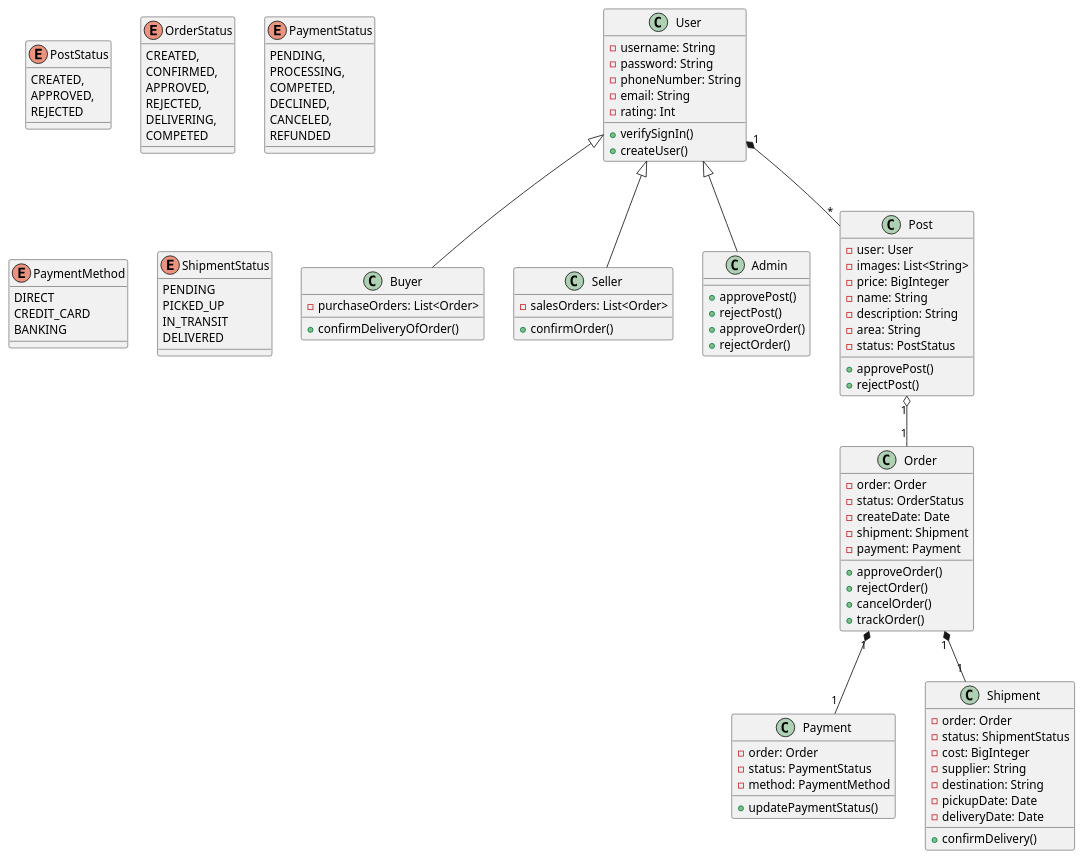
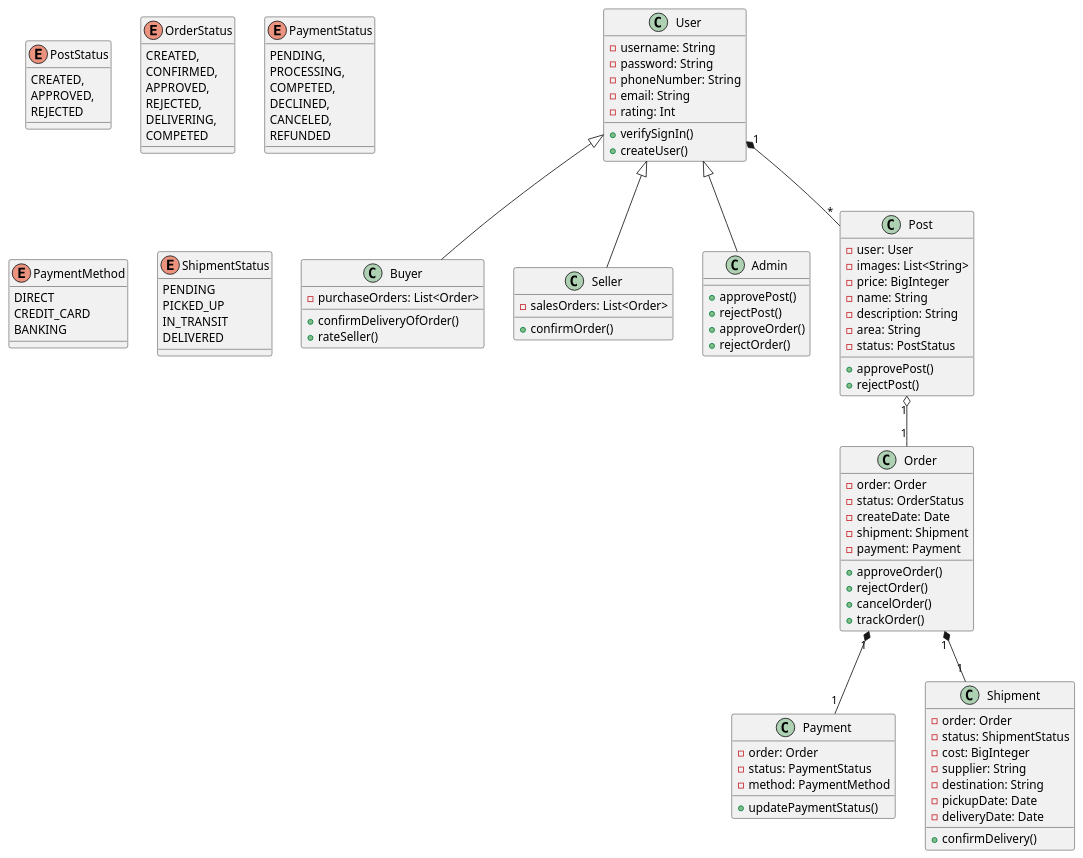
Before and after one commit to doublek2712/SE357-Pratice-class: the diagram in Lab 1.2/class.puml, drawn with PlantUML. The commit also changed 3 other files, not shown here.

```diff
--- a/Lab 1.2/class.puml
+++ b/Lab 1.2/class.puml
@@ -1,116 +1,117 @@
 @startuml
 class User {
     -username: String
     -password: String
     -phoneNumber: String
     -email: String
     -rating: Int
     +verifySignIn()
     +createUser()
 }
 
 class Buyer {
     -purchaseOrders: List<Order>
     +confirmDeliveryOfOrder()
+    +rateSeller()
 }
 
 class Seller {
     -salesOrders: List<Order>
     +confirmOrder()
 }
 
 class Admin {
     +approvePost()
     +rejectPost()
     +approveOrder()
     +rejectOrder()
 }
 
 class Post {
     -user: User
     -images: List<String>
     -price: BigInteger
     -name: String
     -description: String
     -area: String
     -status: PostStatus
     +approvePost()
     +rejectPost()
 }
 
 enum PostStatus {
     CREATED,
     APPROVED,
     REJECTED
 }
 
 class Order {
     -order: Order
     -status: OrderStatus
     -createDate: Date
     -shipment: Shipment
     -payment: Payment
     +approveOrder()
     +rejectOrder()
     +cancelOrder()
     +trackOrder()
 }
 
 enum OrderStatus {
     CREATED,
     CONFIRMED,
     APPROVED,
     REJECTED,
     DELIVERING,
     COMPETED
 }
 
 class Payment {
     -order: Order
     -status: PaymentStatus
     -method: PaymentMethod
     +updatePaymentStatus()
 }
 
 enum PaymentStatus {
     PENDING,
     PROCESSING,
     COMPETED,
     DECLINED,
     CANCELED,
     REFUNDED
 }
 
 enum PaymentMethod {
     DIRECT
     CREDIT_CARD
     BANKING
 }
 
 class Shipment {
     -order: Order
     -status: ShipmentStatus
     -cost: BigInteger
     -supplier: String
     -destination: String
     -pickupDate: Date
     -deliveryDate: Date
     +confirmDelivery()
 }
 
 enum ShipmentStatus {
     PENDING
     PICKED_UP
     IN_TRANSIT
     DELIVERED
 }
 
 User "1" *-- "*" Post
 Post "1" o-- "1" Order
 Order "1" *-- "1" Payment
 Order "1" *-- "1" Shipment
 User <|-- Buyer
 User <|-- Seller
 User <|-- Admin
 
 @enduml
```
